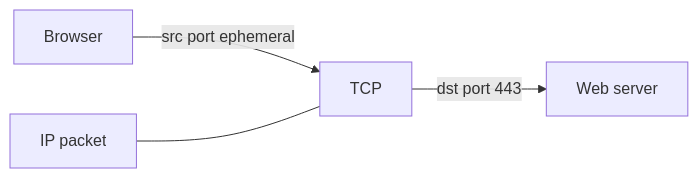
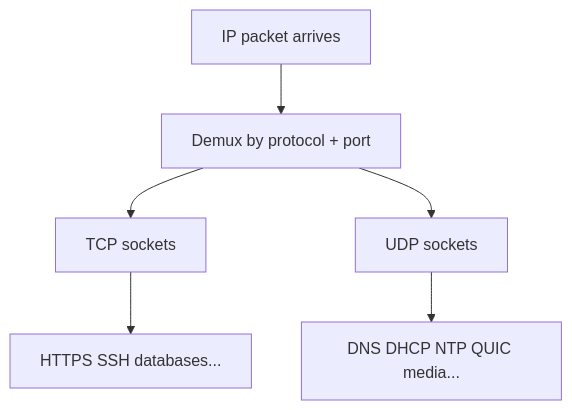
One commit to omnayak27199/pktana changed the first of 5 diagrams in learning/06-transport-layer.md. Above: the diagram before and after it, drawn with Mermaid. The commit also changed other lines of this file and 14 other files, not shown here.

````diff
--- a/learning/06-transport-layer.md
+++ b/learning/06-transport-layer.md
@@ -11,6 +22,8 @@
 ```mermaid
-flowchart LR
-  AppA[Browser] -->|src port ephemeral| TCP[TCP]
-  TCP -->|dst port 443| AppB[Web server]
-  IP[IP packet] --- TCP
+flowchart TB
+  IP[IP packet arrives] --> Demux[Demux by protocol + port]
+  Demux --> TCP[TCP sockets]
+  Demux --> UDP[UDP sockets]
+  TCP --> Apps1[HTTPS SSH databases...]
+  UDP --> Apps2[DNS DHCP NTP QUIC media...]
 ```
````
